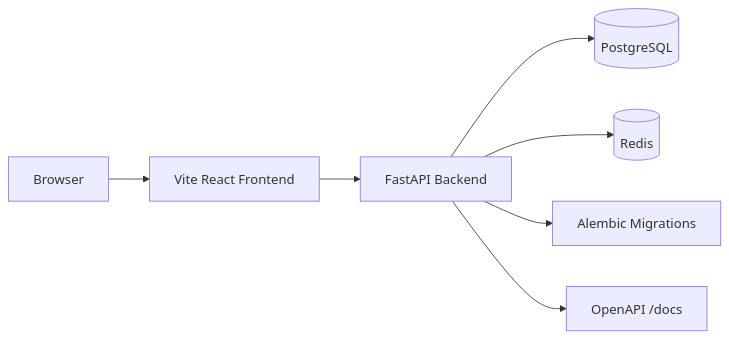
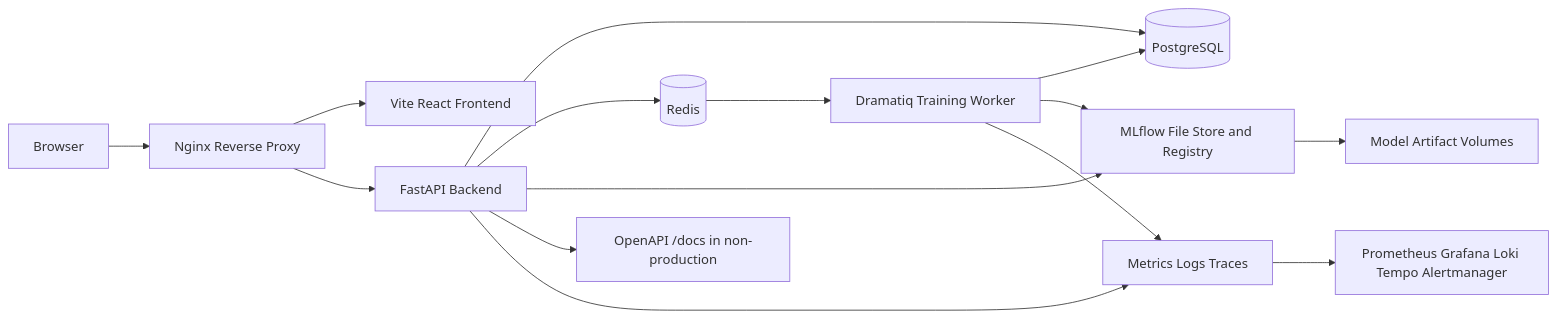
The first of 10 diagrams in docs/architecture.md (fariskishtah/enterprise-ai-platform), drawn with Mermaid before and after one commit. The commit also changed other lines of this file and 3 other files, not shown here.

````diff
--- a/docs/architecture.md
+++ b/docs/architecture.md
@@ -11,9 +32,17 @@
 ```mermaid
 flowchart LR
-    Browser[Browser] --> Frontend[Vite React Frontend]
-    Frontend --> Backend[FastAPI Backend]
+    Browser[Browser] --> Proxy[Nginx Reverse Proxy]
+    Proxy --> Frontend[Vite React Frontend]
+    Proxy --> Backend[FastAPI Backend]
     Backend --> Postgres[(PostgreSQL)]
     Backend --> Redis[(Redis)]
-    Backend --> Alembic[Alembic Migrations]
-    Backend --> Docs[OpenAPI /docs]
+    Redis --> Worker[Dramatiq Training Worker]
+    Worker --> Postgres
+    Worker --> MLflow[MLflow File Store and Registry]
+    MLflow --> Artifacts[Model Artifact Volumes]
+    Backend --> MLflow
+    Backend --> Docs[OpenAPI /docs in non-production]
+    Backend --> Telemetry[Metrics Logs Traces]
+    Worker --> Telemetry
+    Telemetry --> Observability[Prometheus Grafana Loki Tempo Alertmanager]
 ```
````
